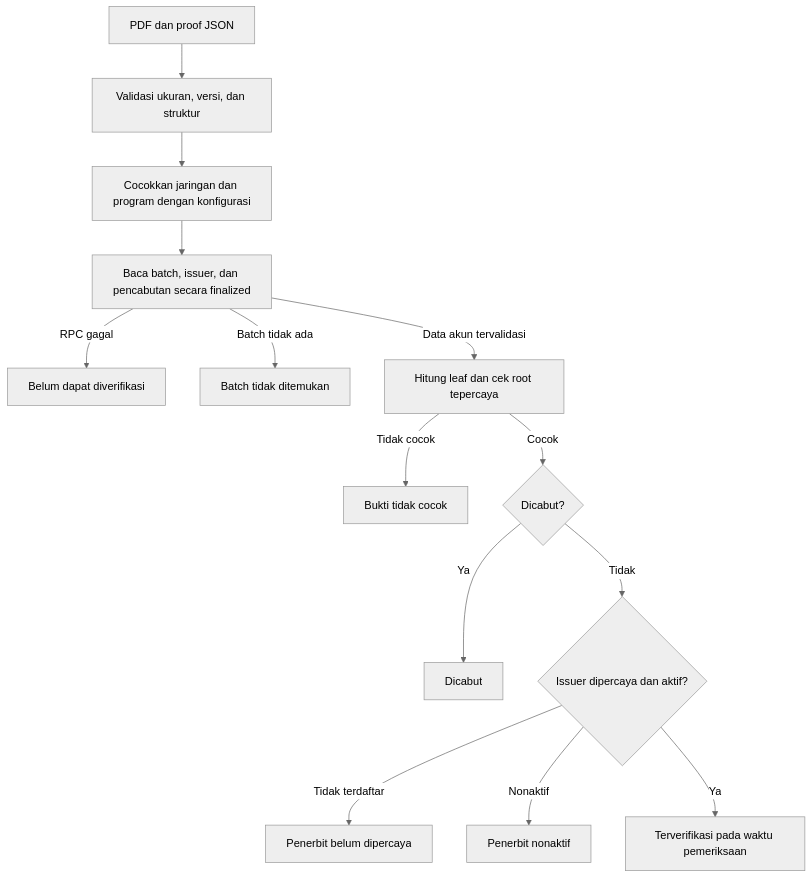
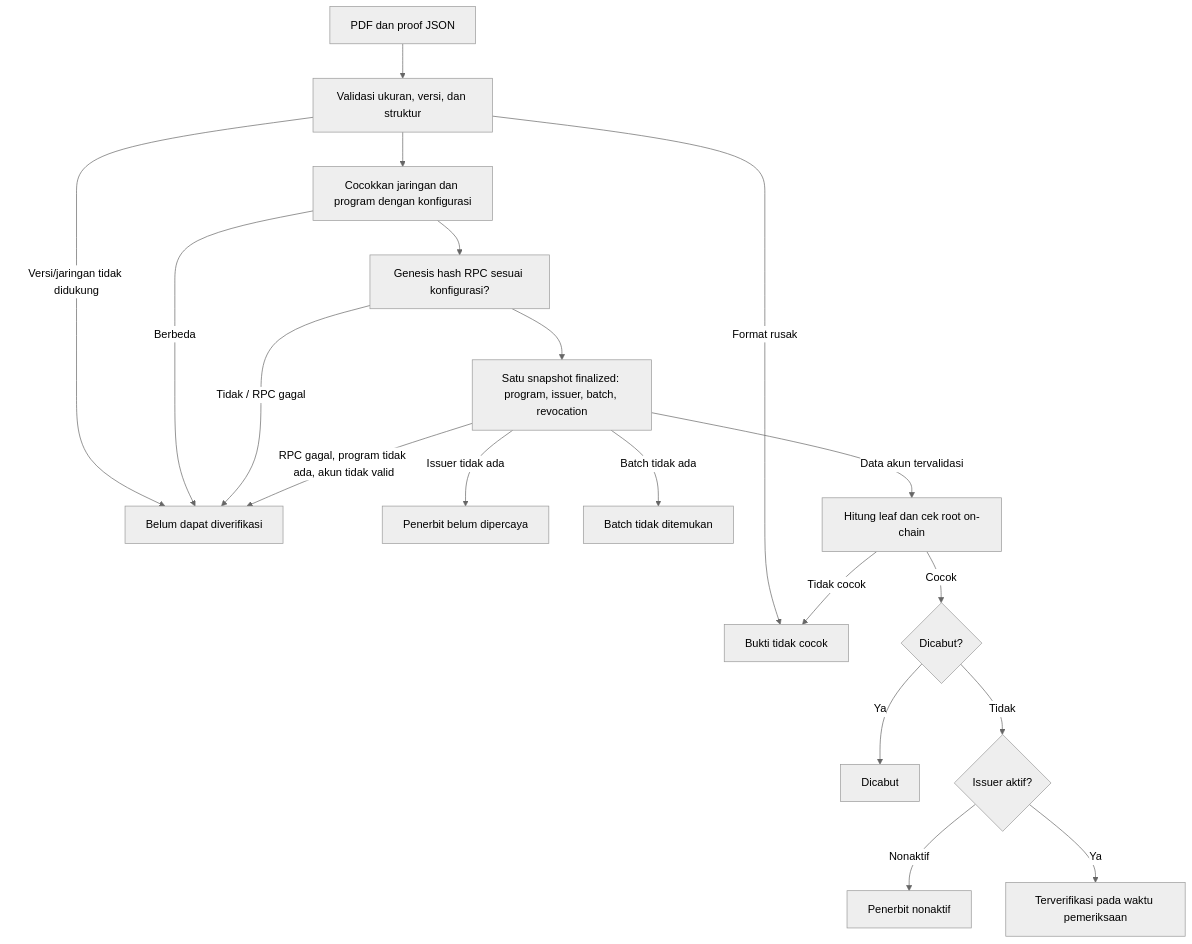
Before and after one commit to BangkitTheGreat/solvcred: the third of 5 diagrams in docs/architecture.md, drawn with Mermaid (neutral theme). The commit also changed other lines of this file and 66 other files, not shown here.

First line of the commit message:
Add Rust proofs, Anchor program, RPC adapter, and web app

````diff
--- a/docs/architecture.md
+++ b/docs/architecture.md
@@ -58,16 +58,21 @@
 ```mermaid
 flowchart TD
   Files[PDF dan proof JSON] --> Parse[Validasi ukuran, versi, dan struktur]
+  Parse -->|Versi/jaringan tidak didukung| Unknown[Belum dapat diverifikasi]
+  Parse -->|Format rusak| Invalid[Bukti tidak cocok]
   Parse --> Config[Cocokkan jaringan dan program dengan konfigurasi]
-  Config --> Fetch[Baca batch, issuer, dan pencabutan secara finalized]
-  Fetch -->|RPC gagal| Unknown[Belum dapat diverifikasi]
+  Config -->|Berbeda| Unknown
+  Config --> Genesis[Genesis hash RPC sesuai konfigurasi?]
+  Genesis -->|Tidak / RPC gagal| Unknown
+  Genesis --> Fetch[Satu snapshot finalized: program, issuer, batch, revocation]
+  Fetch -->|RPC gagal, program tidak ada, akun tidak valid| Unknown
+  Fetch -->|Issuer tidak ada| Untrusted[Penerbit belum dipercaya]
   Fetch -->|Batch tidak ada| Missing[Batch tidak ditemukan]
-  Fetch -->|Data akun tervalidasi| Hash[Hitung leaf dan cek root tepercaya]
-  Hash -->|Tidak cocok| Invalid[Bukti tidak cocok]
+  Fetch -->|Data akun tervalidasi| Hash[Hitung leaf dan cek root on-chain]
+  Hash -->|Tidak cocok| Invalid
   Hash -->|Cocok| Revoke{Dicabut?}
   Revoke -->|Ya| Revoked[Dicabut]
-  Revoke -->|Tidak| Trust{Issuer dipercaya dan aktif?}
-  Trust -->|Tidak terdaftar| Untrusted[Penerbit belum dipercaya]
+  Revoke -->|Tidak| Trust{Issuer aktif?}
   Trust -->|Nonaktif| Inactive[Penerbit nonaktif]
   Trust -->|Ya| Verified[Terverifikasi pada waktu pemeriksaan]
 ```
````
